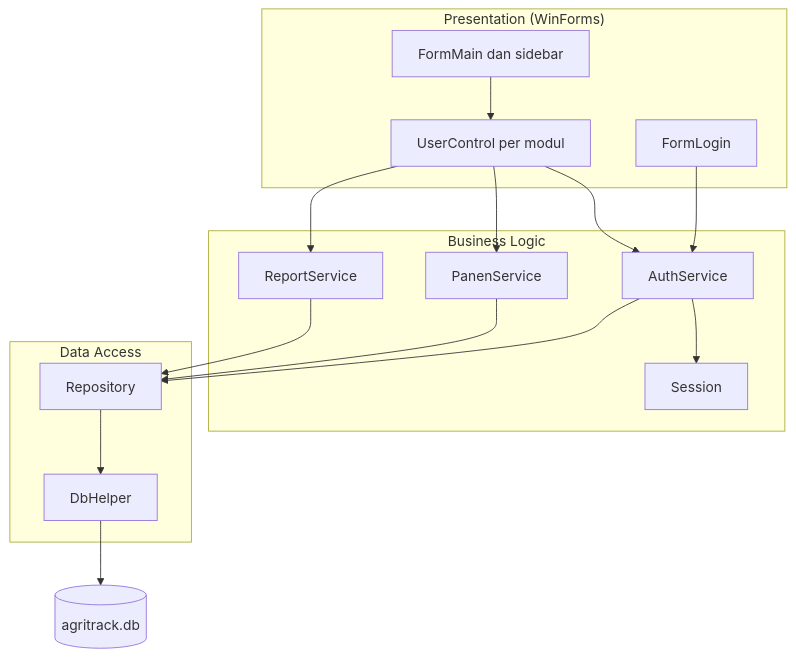
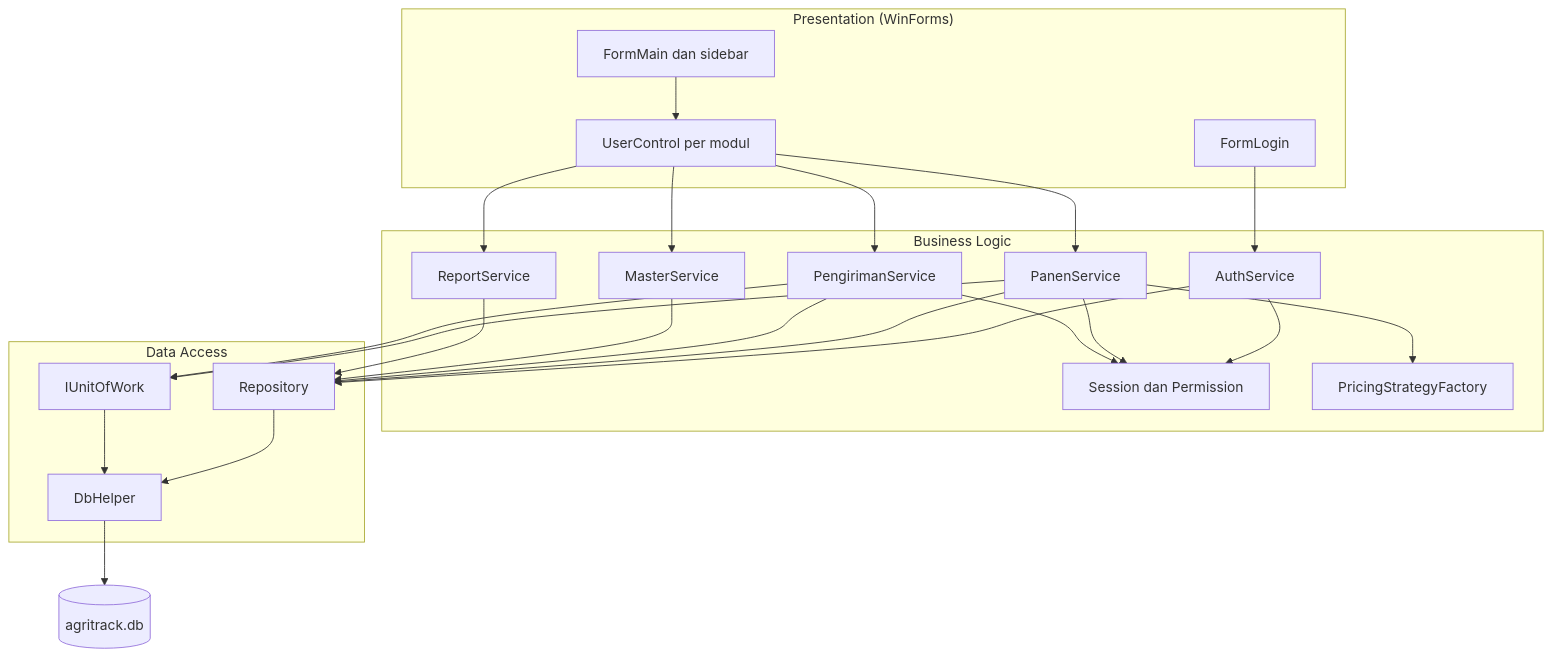
Before and after one commit to Abidsyakur/AgriTrack: the first of 2 diagrams in README.md, drawn with Mermaid. The commit also changed other lines of this file, not shown here.

````diff
--- a/README.md
+++ b/README.md
@@ -63,30 +75,43 @@
 ```mermaid
 flowchart TB
   subgraph PL["Presentation (WinForms)"]
     FLOGIN["FormLogin"]
     FMAIN["FormMain dan sidebar"]
     UCTRL["UserControl per modul"]
   end
   subgraph BL["Business Logic"]
-    SESI["Session"]
+    SESI["Session dan Permission"]
     AUTH["AuthService"]
     PANEN["PanenService"]
+    KIRIM["PengirimanService"]
+    MASTER["MasterService"]
     LAPOR["ReportService"]
+    PRICE["PricingStrategyFactory"]
   end
   subgraph DL["Data Access"]
     REPO["Repository"]
+    UOW["IUnitOfWork"]
     DBH["DbHelper"]
   end
   SQLITE[("agritrack.db")]
   FLOGIN --> AUTH
   FMAIN --> UCTRL
-  UCTRL --> AUTH
   UCTRL --> PANEN
+  UCTRL --> KIRIM
+  UCTRL --> MASTER
   UCTRL --> LAPOR
   AUTH --> SESI
+  PANEN --> SESI
+  KIRIM --> SESI
+  PANEN --> PRICE
   AUTH --> REPO
   PANEN --> REPO
+  KIRIM --> REPO
+  MASTER --> REPO
   LAPOR --> REPO
+  PANEN --> UOW
+  KIRIM --> UOW
   REPO --> DBH
+  UOW --> DBH
   DBH --> SQLITE
 ```
````
